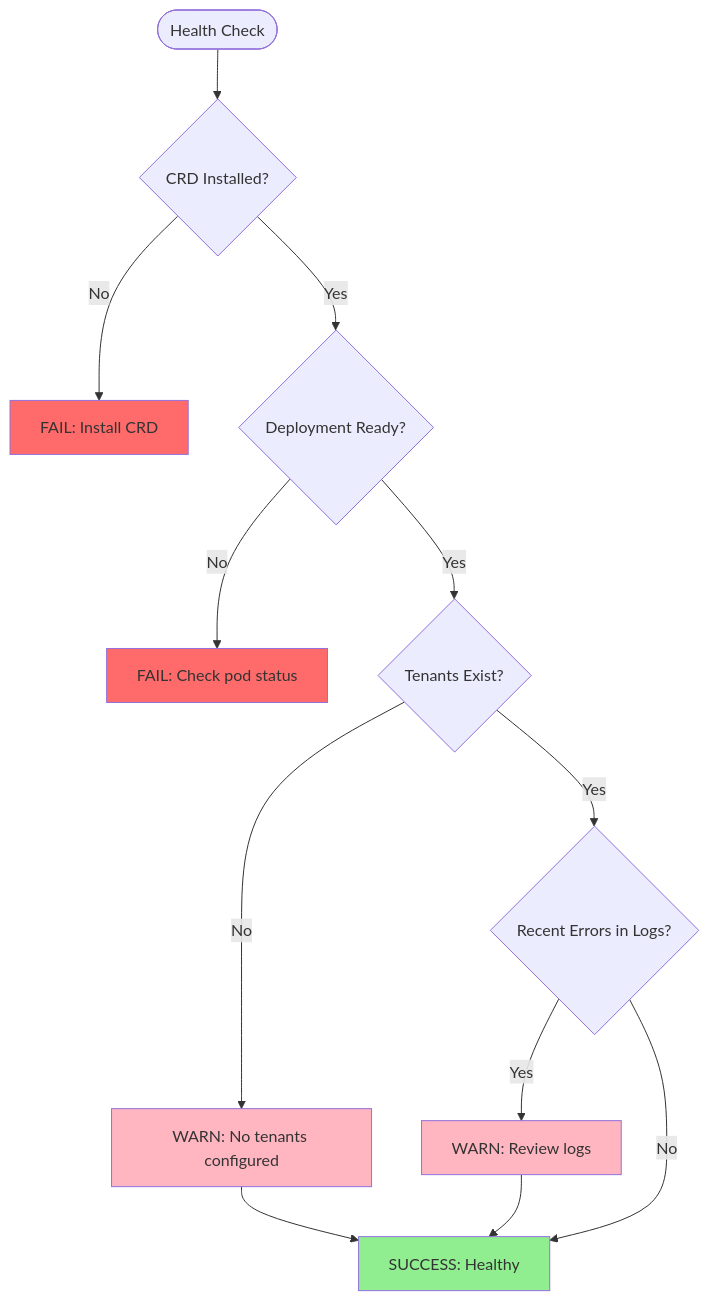
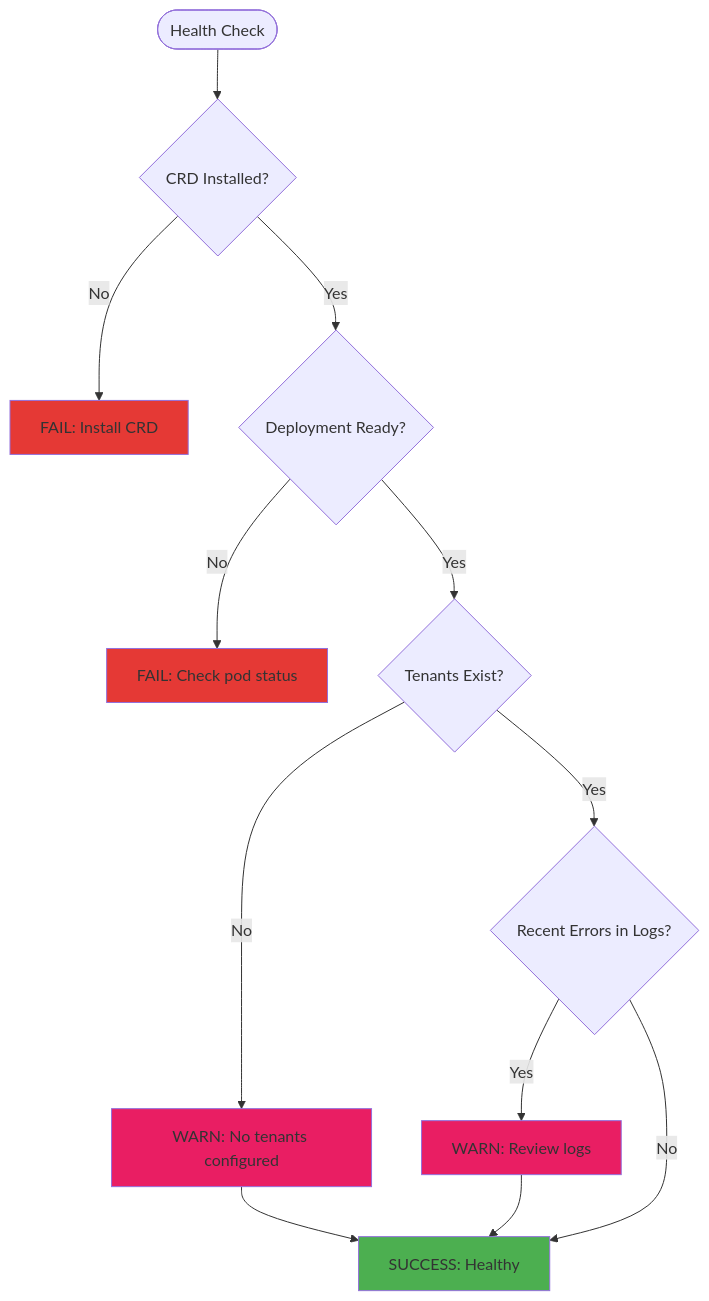
Before and after one commit to wheetazlab/cloudflare-zero-trust-operator: diagram 16 of 16 in docs/architecture.md, drawn with Mermaid. The commit also changed other lines of this file and 1 other file, not shown here.

First line of the commit message:
fix: Replace light colors in mermaid diagrams with darker, more readable colors

````diff
--- a/docs/architecture.md
+++ b/docs/architecture.md
@@ -911,24 +911,24 @@
 ```mermaid
 graph TB
     START([Health Check]) --> CHECK1{CRD Installed?}
     CHECK1 -->|No| FAIL1[FAIL: Install CRD]
     CHECK1 -->|Yes| CHECK2{Deployment Ready?}
     
     CHECK2 -->|No| FAIL2[FAIL: Check pod status]
     CHECK2 -->|Yes| CHECK3{Tenants Exist?}
     
     CHECK3 -->|No| WARN1[WARN: No tenants configured]
     CHECK3 -->|Yes| CHECK4{Recent Errors in Logs?}
     
     CHECK4 -->|Yes| WARN2[WARN: Review logs]
     CHECK4 -->|No| SUCCESS[SUCCESS: Healthy]
     
     WARN1 --> SUCCESS
     WARN2 --> SUCCESS
     
-    style FAIL1 fill:#FF6B6B
-    style FAIL2 fill:#FF6B6B
-    style WARN1 fill:#FFB6C1
-    style WARN2 fill:#FFB6C1
-    style SUCCESS fill:#90EE90
+    style FAIL1 fill:#E53935
+    style FAIL2 fill:#E53935
+    style WARN1 fill:#E91E63
+    style WARN2 fill:#E91E63
+    style SUCCESS fill:#4CAF50
 ```
````
